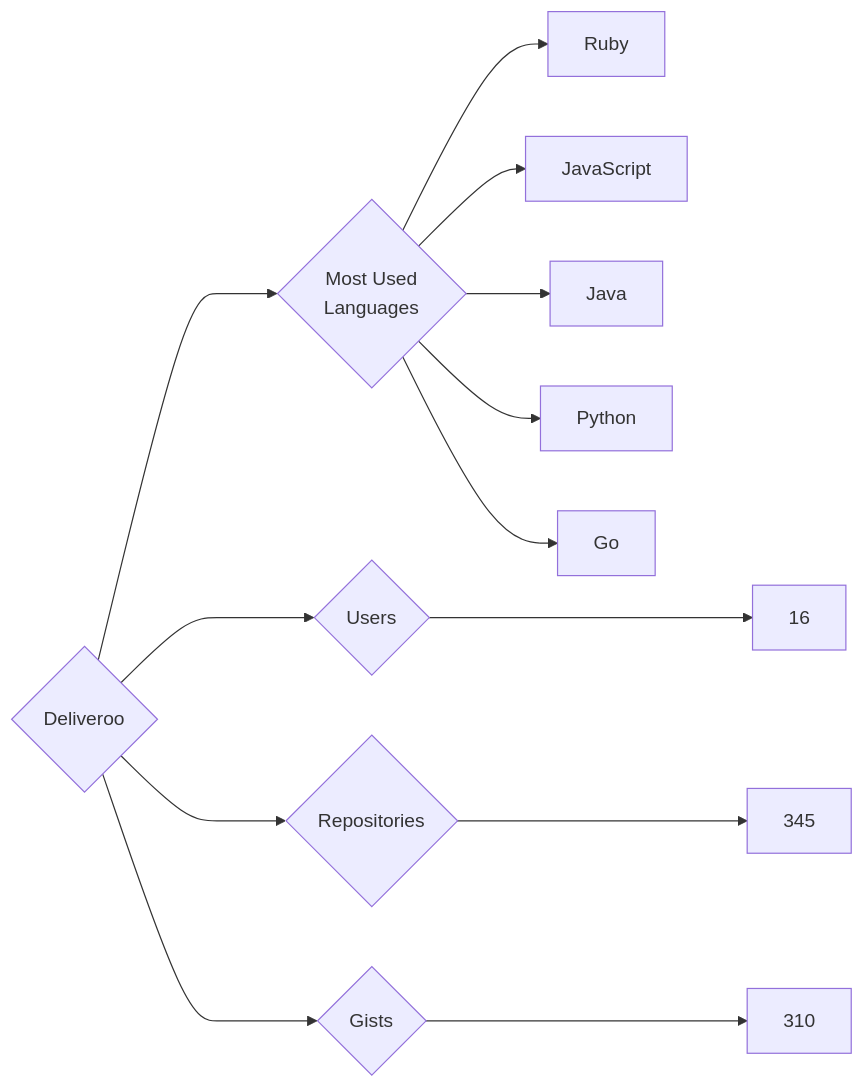
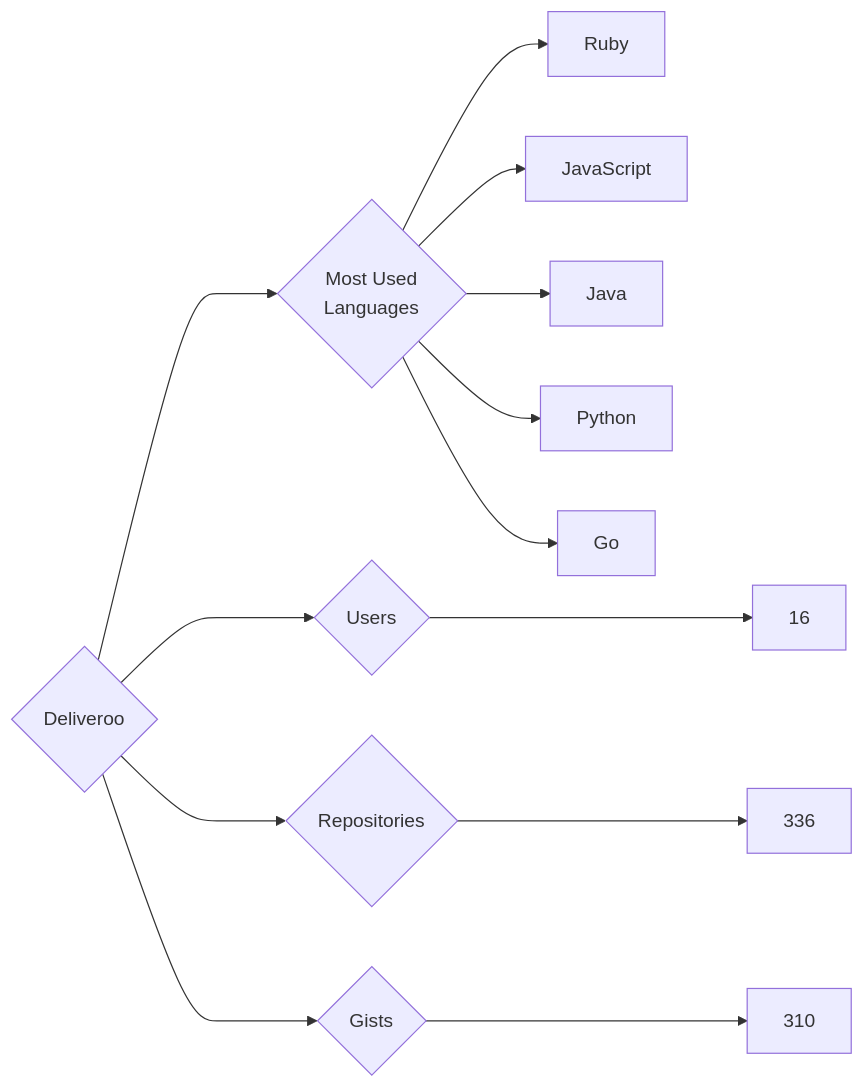
One commit to trickest/insiders changed the diagram in targets/Deliveroo/README.md. Above: the diagram before and after it, drawn with Mermaid. The commit also changed 611 other files, not shown here.

````diff
--- a/targets/Deliveroo/README.md
+++ b/targets/Deliveroo/README.md
@@ -3,13 +3,13 @@
 ```mermaid
 graph LR
 COMPANY_NAME{Deliveroo}
 COMPANY_NAME ---> U{Users} ---> UN[16]
-COMPANY_NAME ---> R{Repositories} ---> RN[345]
+COMPANY_NAME ---> R{Repositories} ---> RN[336]
 COMPANY_NAME ---> G{Gists} ---> GN[310]
 COMPANY_NAME ---> ML{Most Used<br>Languages}
 ML --> Ruby[Ruby]
 ML --> JavaScript[JavaScript]
 ML --> Java[Java]
 ML --> Python[Python]
 ML --> Go[Go]
 ```
````
